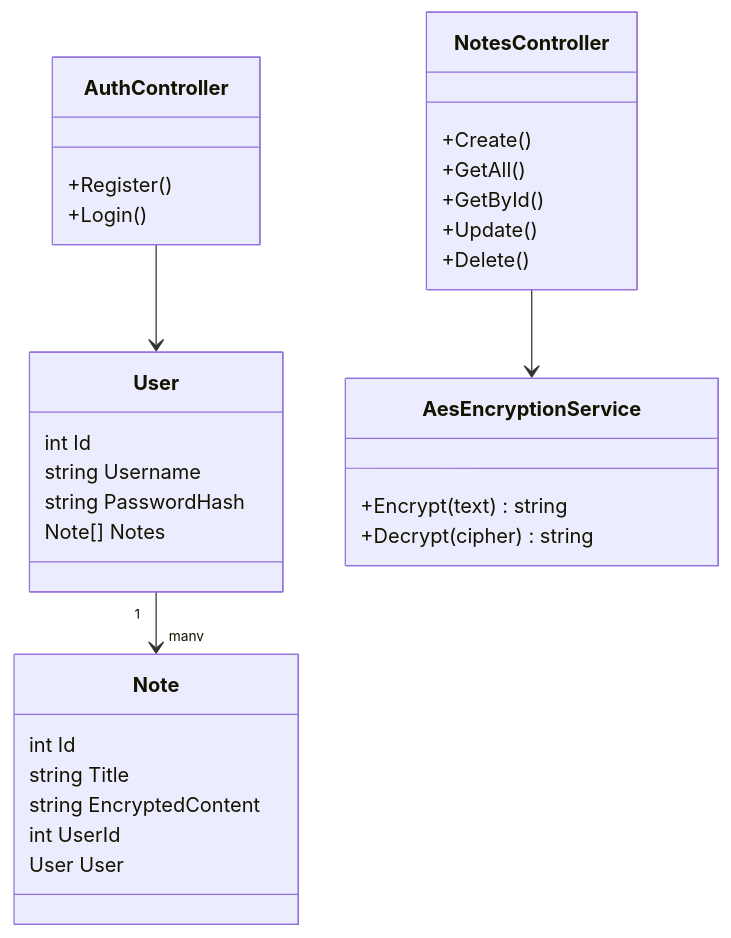
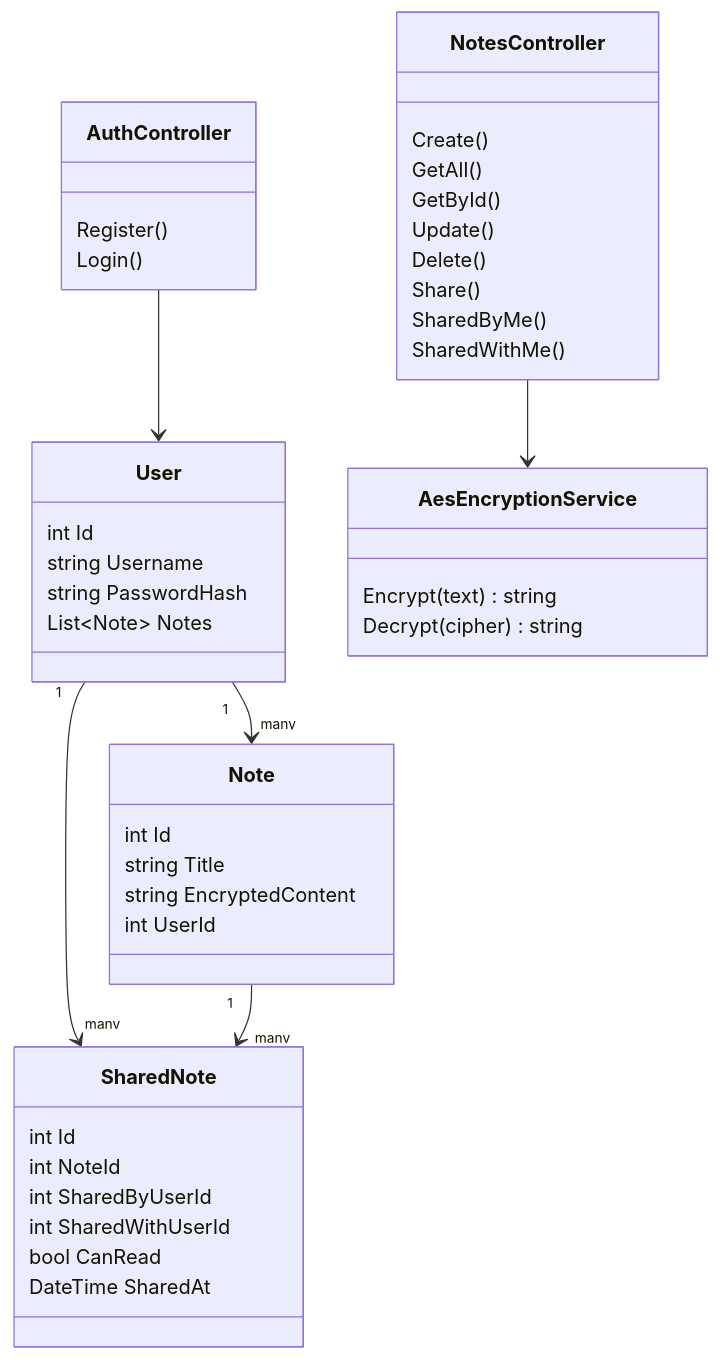
One commit to DOLOR-zaza/API-de-Notas-Personales-Encriptadas changed the diagram in README.md. Above: the diagram before and after it, drawn with Mermaid. The commit also changed other lines of this file and 45 other files, not shown here.

````diff
--- a/README.md
+++ b/README.md
@@ -228,39 +249,52 @@
 ```mermaid
 classDiagram
     class User {
         int Id
         string Username
         string PasswordHash
-        Note[] Notes
+        List~Note~ Notes
     }
 
     class Note {
         int Id
         string Title
         string EncryptedContent
         int UserId
-        User User
+    }
+
+    class SharedNote {
+        int Id
+        int NoteId
+        int SharedByUserId
+        int SharedWithUserId
+        bool CanRead
+        DateTime SharedAt
     }
 
     class AesEncryptionService {
-        +Encrypt(text) string
-        +Decrypt(cipher) string
+        Encrypt(text) string
+        Decrypt(cipher) string
     }
 
     class AuthController {
-        +Register()
-        +Login()
+        Register()
+        Login()
     }
 
     class NotesController {
-        +Create()
-        +GetAll()
-        +GetById()
-        +Update()
-        +Delete()
+        Create()
+        GetAll()
+        GetById()
+        Update()
+        Delete()
+        Share()
+        SharedByMe()
+        SharedWithMe()
     }
 
     User "1" --> "many" Note
+    User "1" --> "many" SharedNote
+    Note "1" --> "many" SharedNote
     NotesController --> AesEncryptionService
     AuthController --> User
 ```
````
